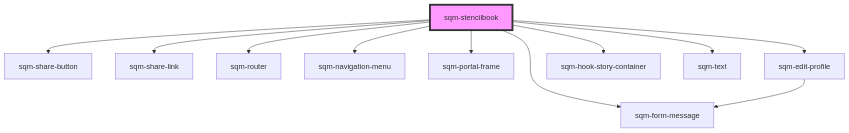
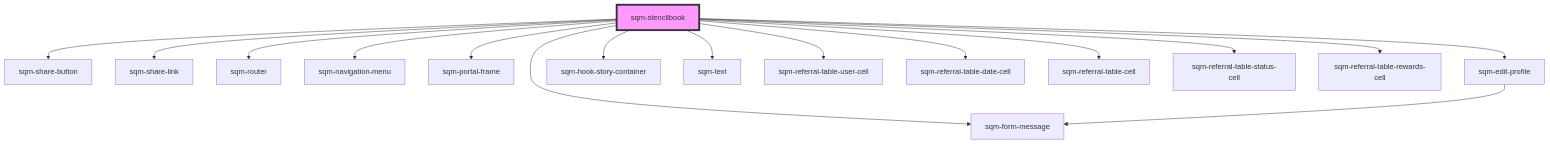
The diagram in packages/mint-components/src/components/sqm-stencilbook/readme.md (saasquatch/program-tools), drawn with Mermaid before and after one commit. The commit also changed other lines of this file and 4 other files, not shown here.

````diff
--- a/packages/mint-components/src/components/sqm-stencilbook/readme.md
+++ b/packages/mint-components/src/components/sqm-stencilbook/readme.md
@@ -23,14 +28,19 @@
 ```mermaid
 graph TD;
   sqm-stencilbook --> sqm-share-button
   sqm-stencilbook --> sqm-share-link
   sqm-stencilbook --> sqm-router
   sqm-stencilbook --> sqm-navigation-menu
   sqm-stencilbook --> sqm-portal-frame
   sqm-stencilbook --> sqm-edit-profile
   sqm-stencilbook --> sqm-form-message
   sqm-stencilbook --> sqm-hook-story-container
   sqm-stencilbook --> sqm-text
+  sqm-stencilbook --> sqm-referral-table-user-cell
+  sqm-stencilbook --> sqm-referral-table-date-cell
+  sqm-stencilbook --> sqm-referral-table-cell
+  sqm-stencilbook --> sqm-referral-table-status-cell
+  sqm-stencilbook --> sqm-referral-table-rewards-cell
   sqm-edit-profile --> sqm-form-message
   style sqm-stencilbook fill:#f9f,stroke:#333,stroke-width:4px
 ```
````
